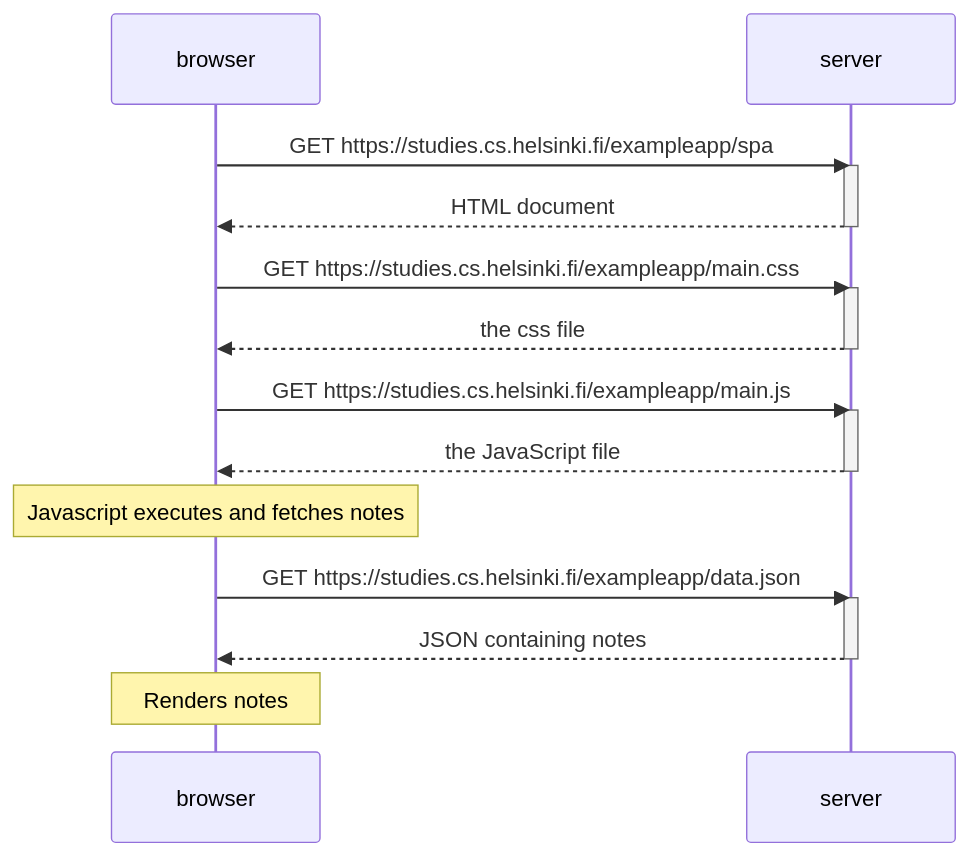
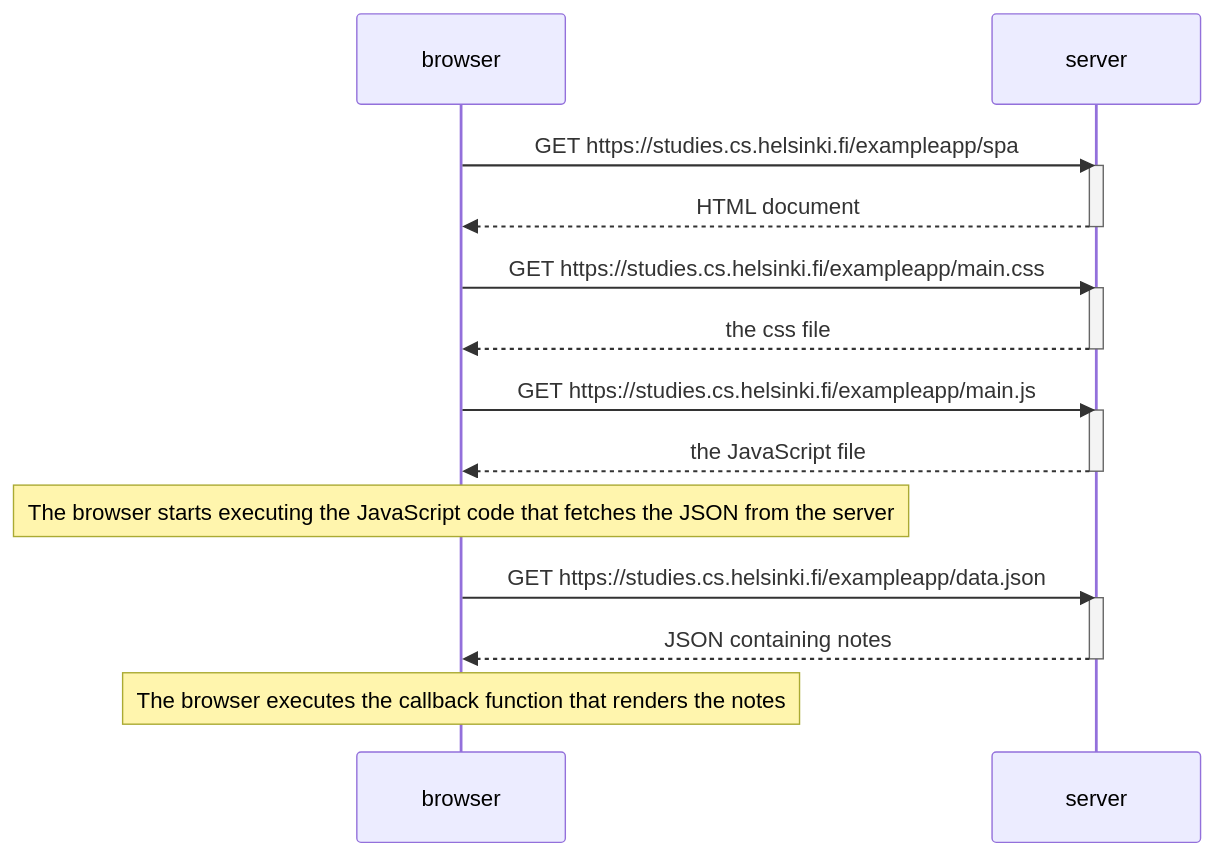
The diagram in single-page-app-diagram.md (tarunvyas-maglabs/part0), drawn with Mermaid before and after one commit. The commit also changed 2 other files, not shown here.

Commit message:
Edited notes

````diff
--- a/single-page-app-diagram.md
+++ b/single-page-app-diagram.md
@@ -1,29 +1,29 @@
 ```mermaid
 sequenceDiagram
     participant browser
     participant server
 
     browser->>server: GET https://studies.cs.helsinki.fi/exampleapp/spa
     activate server
     server-->>browser: HTML document
     deactivate server
     
     browser->>server: GET https://studies.cs.helsinki.fi/exampleapp/main.css
     activate server
     server-->>browser: the css file
     deactivate server
 
     browser->>server: GET https://studies.cs.helsinki.fi/exampleapp/main.js
     activate server
     server-->>browser: the JavaScript file
     deactivate server
 
-    Note over browser: Javascript executes and fetches notes
+    Note over browser: The browser starts executing the JavaScript code that fetches the JSON from the server
 
     browser->>server: GET https://studies.cs.helsinki.fi/exampleapp/data.json
     activate server
     server-->>browser: JSON containing notes
     deactivate server
 
-    Note over browser: Renders notes
+    Note over browser: The browser executes the callback function that renders the notes 
 ```
````
